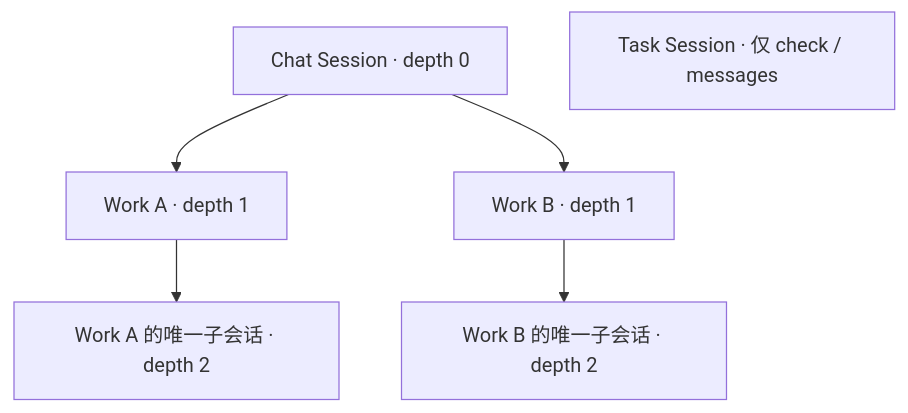
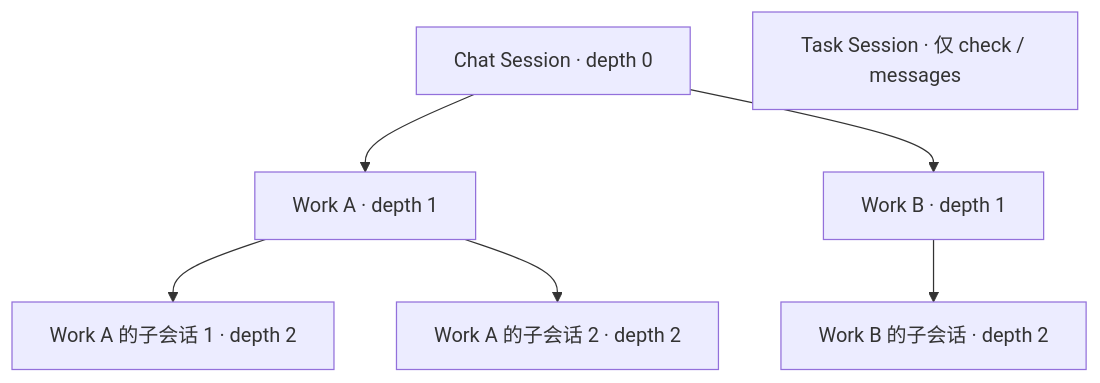
The first of 2 diagrams in docs/session-delegation-design.md (genesiscosmos/downcity), drawn with Mermaid before and after one commit. The commit also changed other lines of this file and 6 other files, not shown here.

Commit message:
feat(session): allow multiple work children within depth limit

````diff
--- a/docs/session-delegation-design.md
+++ b/docs/session-delegation-design.md
@@ -39,13 +39,15 @@
 ```mermaid
 flowchart TD
     chat[Chat Session · depth 0]
     work_a[Work A · depth 1]
     work_b[Work B · depth 1]
-    child_a[Work A 的唯一子会话 · depth 2]
-    child_b[Work B 的唯一子会话 · depth 2]
+    child_a[Work A 的子会话 1 · depth 2]
+    child_a2[Work A 的子会话 2 · depth 2]
+    child_b[Work B 的子会话 · depth 2]
     task[Task Session · 仅 check / messages]
     chat --> work_a
     chat --> work_b
     work_a --> child_a
+    work_a --> child_a2
     work_b --> child_b
 ```
````
